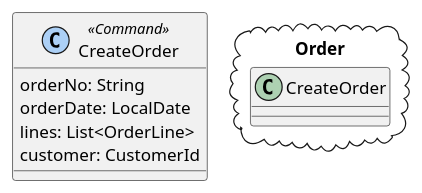
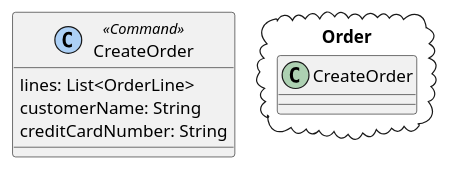
The diagram in domain-model-commands.puml (kiyotake-tagbangers/ddd-playground), drawn with PlantUML before and after one commit.

Commit message:
fix command domain model

```diff
--- a/domain-model-commands.puml
+++ b/domain-model-commands.puml
@@ -1,14 +1,12 @@
 @startuml
 
 package Order <<Cloud>> {
 	class CreateOrder
 }
 
 class CreateOrder << (C,#acd0f6) Command >> {
-	orderNo: String
-	orderDate: LocalDate
 	lines: List<OrderLine>
-	customer: CustomerId
+	customerName: String
+	creditCardNumber: String
 }
-
 @enduml
```
